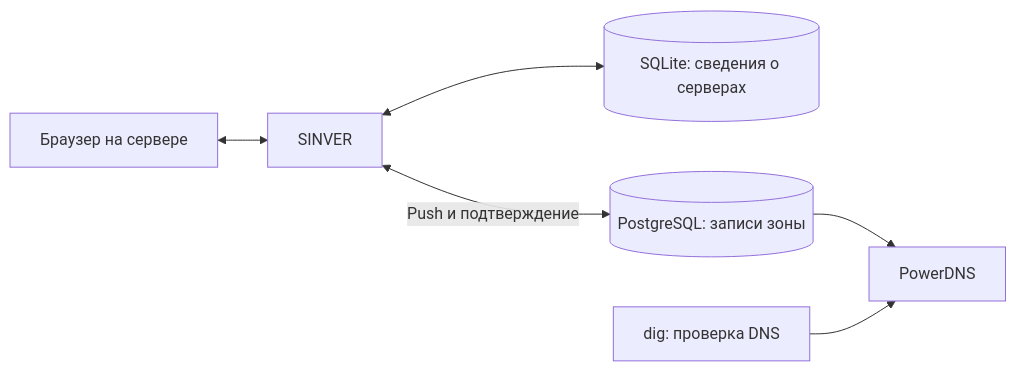
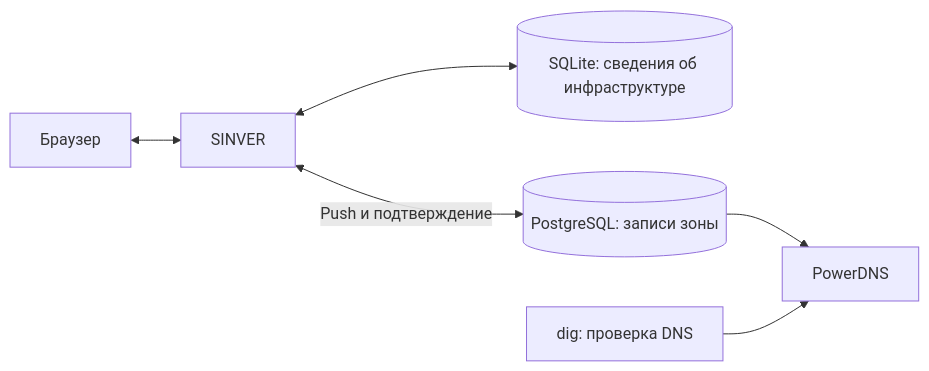
Before and after one commit to dvoropaev/SINVER: the diagram in doc/01_Quick_Start_RU.md, drawn with Mermaid. The commit also changed other lines of this file and 1 other file, not shown here.

````diff
--- a/doc/01_Quick_Start_RU.md
+++ b/doc/01_Quick_Start_RU.md
@@ -10,8 +10,8 @@
 ```mermaid
 flowchart LR
-    B[Браузер на сервере] <--> S[SINVER]
-    S <--> L[(SQLite: сведения о серверах)]
+    B[Браузер] <--> S[SINVER]
+    S <--> L[(SQLite: сведения об инфраструктуре)]
     S <-->|Push и подтверждение| P[(PostgreSQL: записи зоны)]
     P--> D[PowerDNS] 
     Q[dig: проверка DNS] --> D
 ```
````
